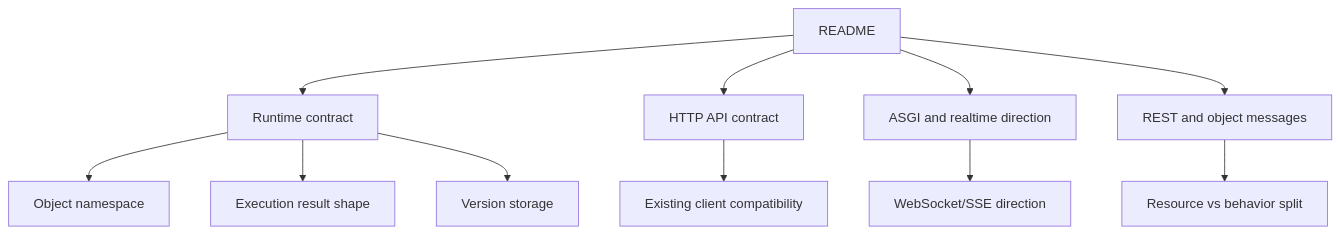
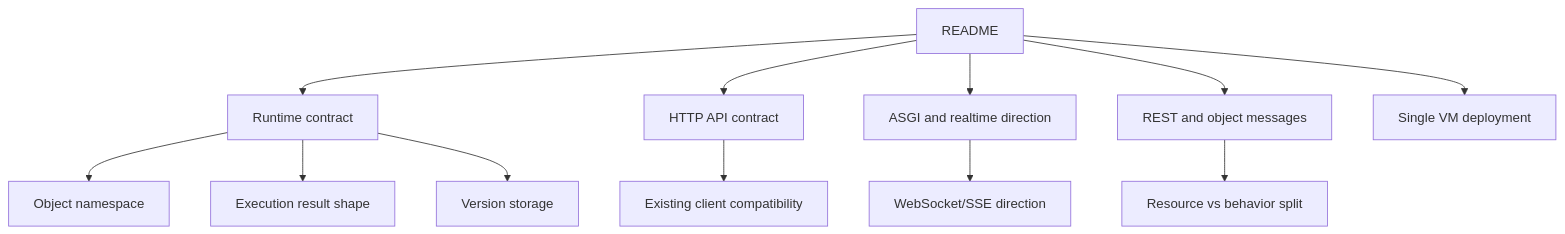
Before and after one commit to askrobots/dbbasic-object-server: the diagram in docs/README.md, drawn with Mermaid. The commit also changed other lines of this file and 2 other files, not shown here.

Commit message:
Document single VM staging deployment

````diff
--- a/docs/README.md
+++ b/docs/README.md
@@ -9,15 +9,16 @@
 ```mermaid
 flowchart TD
     A["README"] --> B["Runtime contract"]
     A --> C["HTTP API contract"]
     A --> D["ASGI and realtime direction"]
     A --> E["REST and object messages"]
+    A --> L["Single VM deployment"]
 
     B --> F["Object namespace"]
     B --> G["Execution result shape"]
     B --> H["Version storage"]
 
     C --> I["Existing client compatibility"]
     D --> J["WebSocket/SSE direction"]
     E --> K["Resource vs behavior split"]
 ```
````
